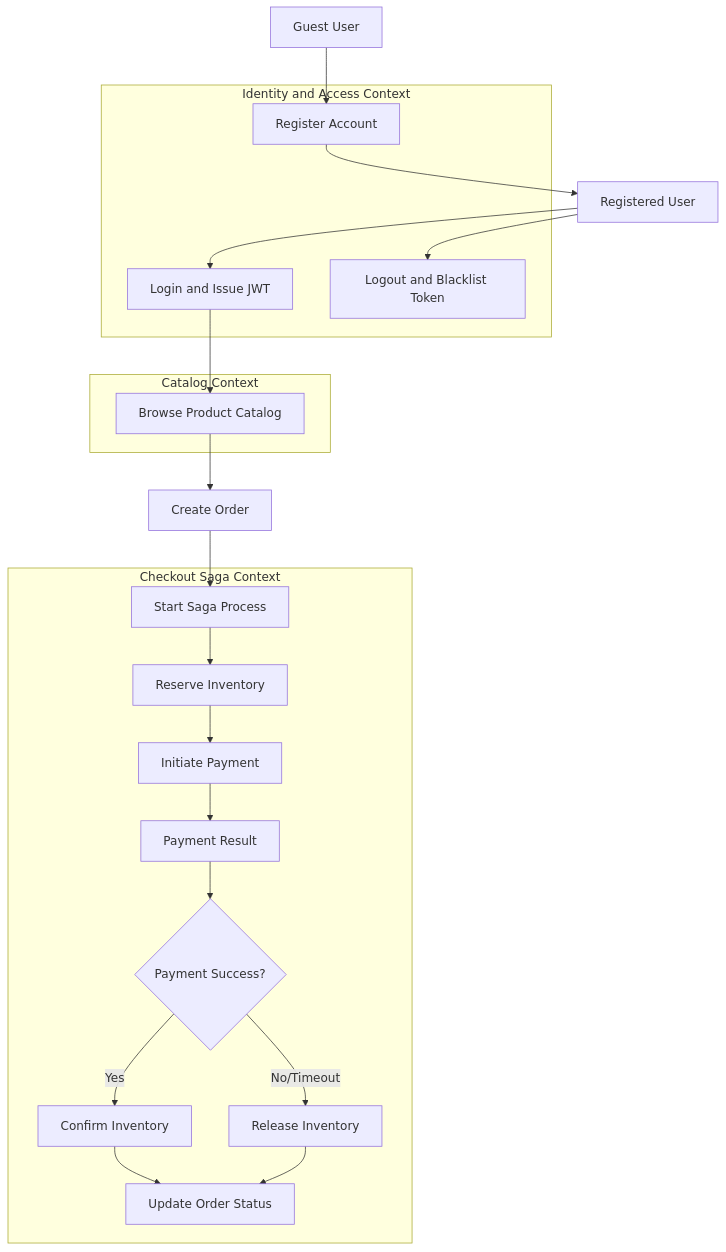
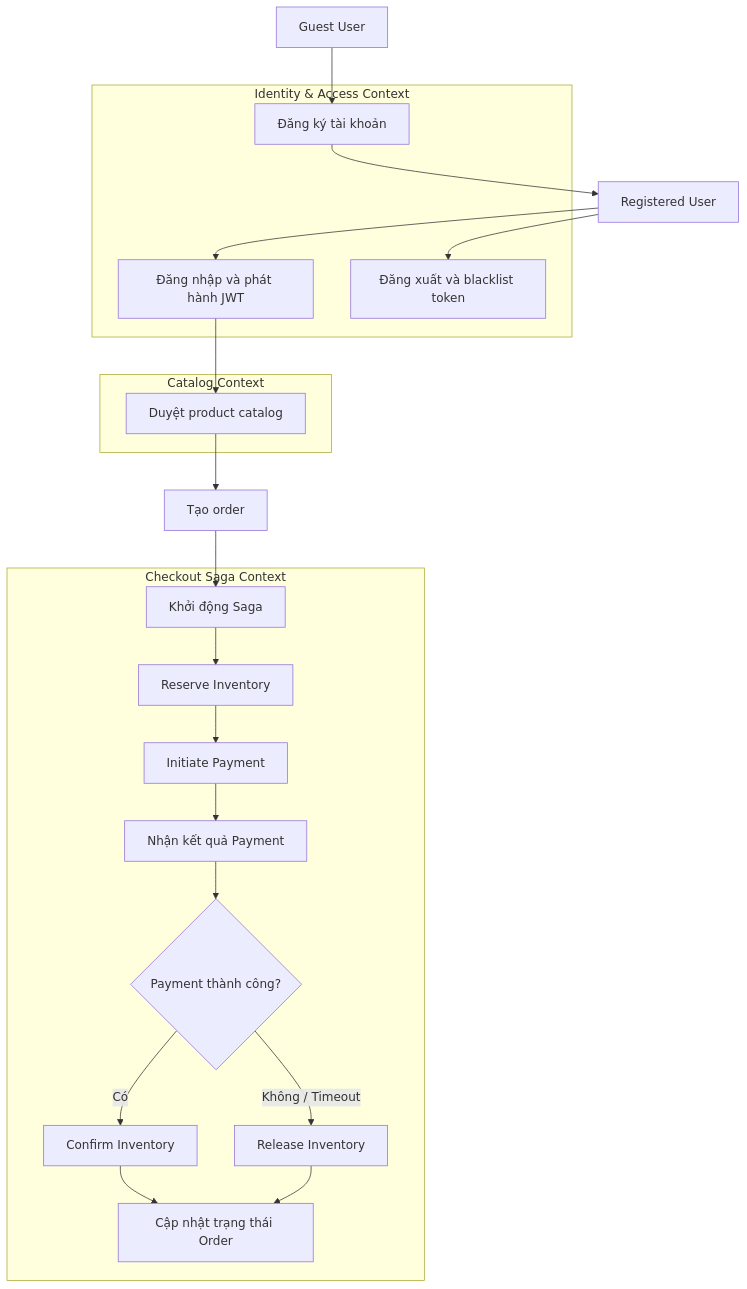
The first of 7 diagrams in analysis-and-design-ddd.md (baosatboiz/asd), drawn with Mermaid before and after one commit. The commit also changed other lines of this file, not shown here.

````diff
--- a/analysis-and-design-ddd.md
+++ b/analysis-and-design-ddd.md
@@ -26,37 +26,37 @@
 ```mermaid
 flowchart TD
-    G[Guest User] --> R[Register Account]
+    G[Guest User] --> R[Đăng ký tài khoản]
     R --> U[Registered User]
 
-    subgraph IAM[Identity and Access Context]
+    subgraph IAM[Identity & Access Context]
         R
-        LG[Login and Issue JWT]
-        LO[Logout and Blacklist Token]
+        LG[Đăng nhập và phát hành JWT]
+        LO[Đăng xuất và blacklist token]
     end
 
     U --> LG
     U --> LO
 
     subgraph CAT[Catalog Context]
-        BR[Browse Product Catalog]
+        BR[Duyệt product catalog]
     end
 
     LG --> BR
 
-    BR --> CO[Create Order]
+    BR --> CO[Tạo order]
 
     subgraph CHECKOUT[Checkout Saga Context]
-        SP[Start Saga Process]
+        SP[Khởi động Saga]
         RS[Reserve Inventory]
         PI[Initiate Payment]
-        PS[Payment Result]
-        GW{Payment Success?}
+        PS[Nhận kết quả Payment]
+        GW{Payment thành công?}
         CF[Confirm Inventory]
         RL[Release Inventory]
-        US[Update Order Status]
+        US[Cập nhật trạng thái Order]
     end
 
     CO --> SP --> RS --> PI --> PS --> GW
-    GW -->|Yes| CF --> US
-    GW -->|No/Timeout| RL --> US
+    GW -->|Có| CF --> US
+    GW -->|Không / Timeout| RL --> US
 ```
````
